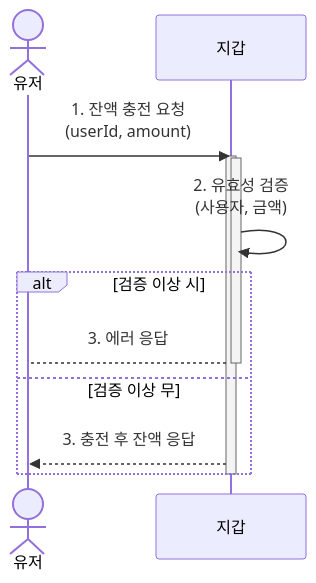
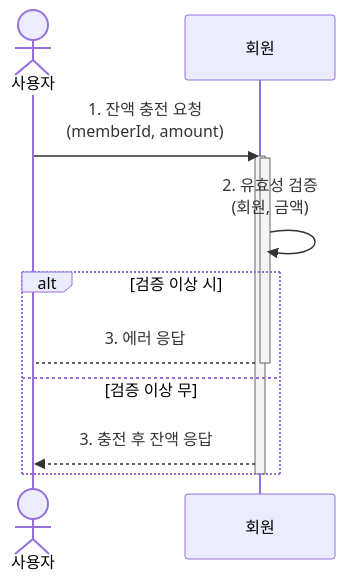
The seventh of 15 diagrams in docs/sequence_diagram.md (psyoongsc/hhplus-ts-server), drawn with Mermaid before and after one commit. The commit also changed other lines of this file, not shown here.

````diff
--- a/docs/sequence_diagram.md
+++ b/docs/sequence_diagram.md
@@ -130,19 +130,19 @@
         ```mermaid
         sequenceDiagram
-        	actor User as 유저
-        	participant Wallet as 지갑
+        	actor User as 사용자
+        	participant Member as 회원
         
-        		User->>Wallet: 1. 잔액 충전 요청<br/>(userId, amount)
-            Activate Wallet
+        		User->>Member: 1. 잔액 충전 요청<br/>(memberId, amount)
+            Activate Member
         
-        			Activate Wallet
-        			Wallet->>Wallet: 2. 유효성 검증<br/>(사용자, 금액)
+        			Activate Member
+        			Member->>Member: 2. 유효성 검증<br/>(회원, 금액)
         
         			alt 검증 이상 시
-        				Wallet-->User: 3. 에러 응답
-        			Deactivate Wallet
+        				Member-->User: 3. 에러 응답
+        			Deactivate Member
         			else 검증 이상 무
-        				Wallet-->>User: 3. 충전 후 잔액 응답
+        				Member-->>User: 3. 충전 후 잔액 응답
         			End
-        			Deactivate Wallet
+        			Deactivate Member
         ```
````
